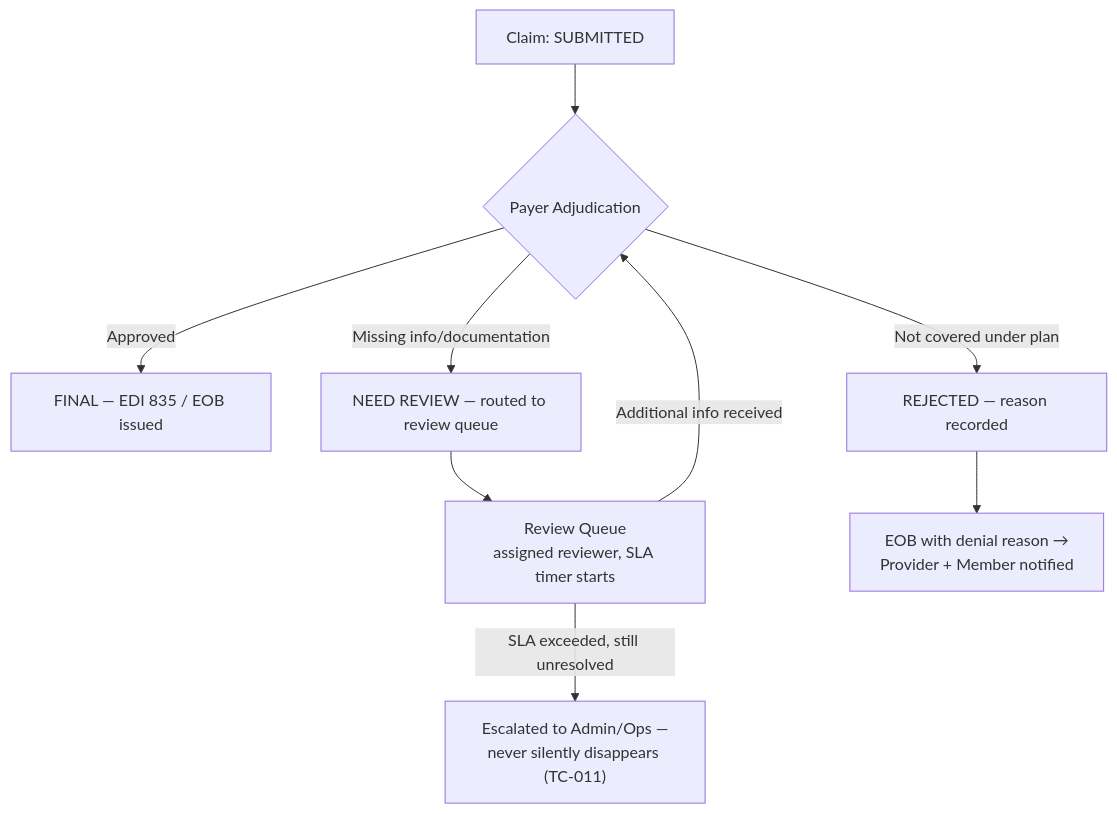
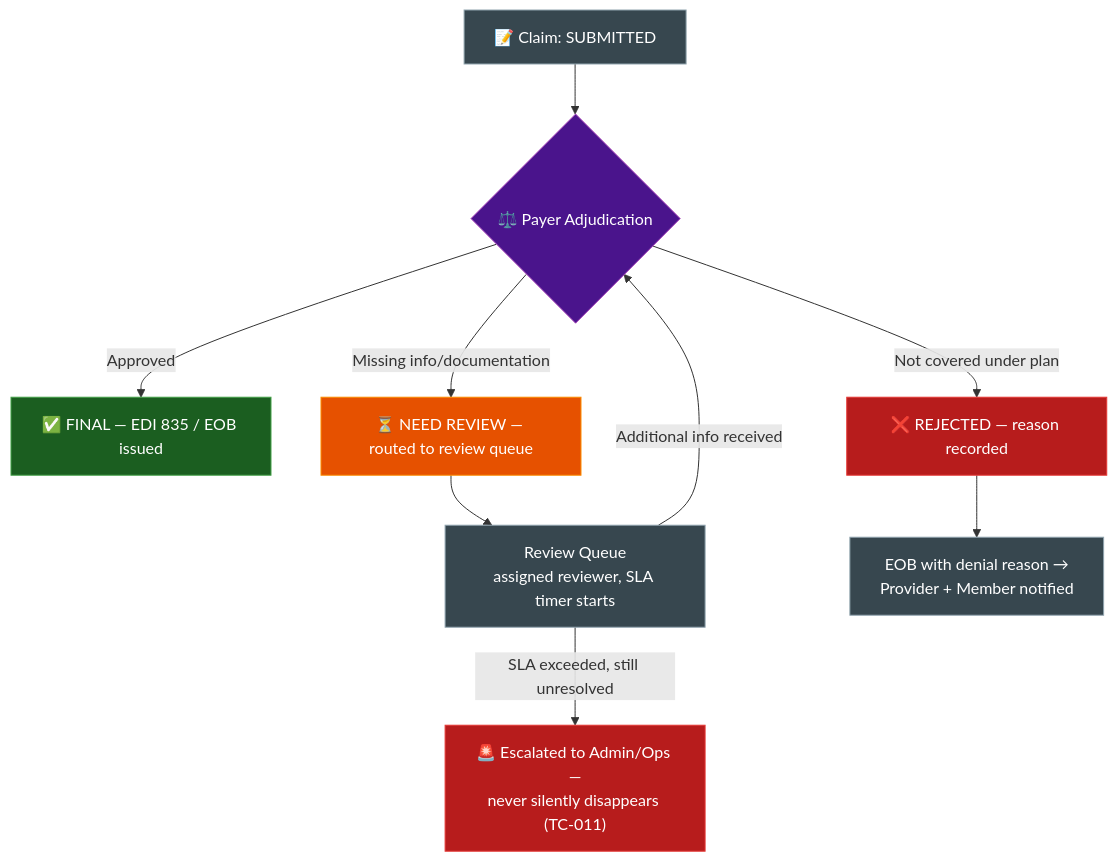
One commit to ghanendra-sdet/healthcare-insurance-platform changed the third of 5 diagrams in docs/architecture-and-flow.md. Above: the diagram before and after it, drawn with Mermaid. The commit also changed other lines of this file and 1 other file, not shown here.

Commit message:
docs: enrich architecture and tech-and-skills diagrams

````diff
--- a/docs/architecture-and-flow.md
+++ b/docs/architecture-and-flow.md
@@ -118,11 +138,23 @@
 ```mermaid
 flowchart TD
-    Submitted["Claim: SUBMITTED"] --> Adjudicate{"Payer Adjudication"}
-    Adjudicate -->|Approved| Final["FINAL — EDI 835 / EOB issued"]
-    Adjudicate -->|Missing info/documentation| NeedReview["NEED REVIEW — routed to review queue"]
-    Adjudicate -->|Not covered under plan| Rejected["REJECTED — reason recorded"]
+    Submitted["📝 Claim: SUBMITTED"] --> Adjudicate{"⚖️ Payer Adjudication"}
+    Adjudicate -->|Approved| Final["✅ FINAL — EDI 835 / EOB issued"]
+    Adjudicate -->|Missing info/documentation| NeedReview["⏳ NEED REVIEW — routed to review queue"]
+    Adjudicate -->|Not covered under plan| Rejected["❌ REJECTED — reason recorded"]
     NeedReview --> Queue["Review Queue<br/>assigned reviewer, SLA timer starts"]
     Queue -->|Additional info received| Adjudicate
-    Queue -->|SLA exceeded, still unresolved| Escalate["Escalated to Admin/Ops —<br/>never silently disappears (TC-011)"]
+    Queue -->|SLA exceeded, still unresolved| Escalate["🚨 Escalated to Admin/Ops —<br/>never silently disappears (TC-011)"]
     Rejected --> EOBDenial["EOB with denial reason →<br/>Provider + Member notified"]
+
+    classDef pending fill:#37474f,color:#fff,stroke:#90a4ae,stroke-width:1px
+    classDef gate fill:#4a148c,color:#fff,stroke:#ab47bc,stroke-width:1px
+    classDef good fill:#1b5e20,color:#fff,stroke:#43a047,stroke-width:1px
+    classDef warn fill:#e65100,color:#fff,stroke:#fb8c00,stroke-width:1px
+    classDef bad fill:#b71c1c,color:#fff,stroke:#e53935,stroke-width:1px
+
+    class Submitted,Queue,EOBDenial pending
+    class Adjudicate gate
+    class Final good
+    class NeedReview warn
+    class Rejected,Escalate bad
 ```
````
